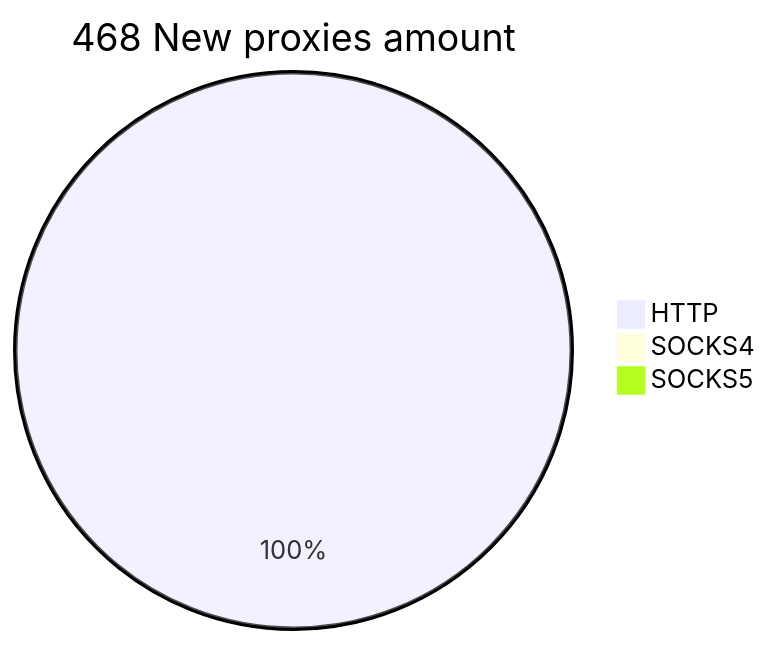
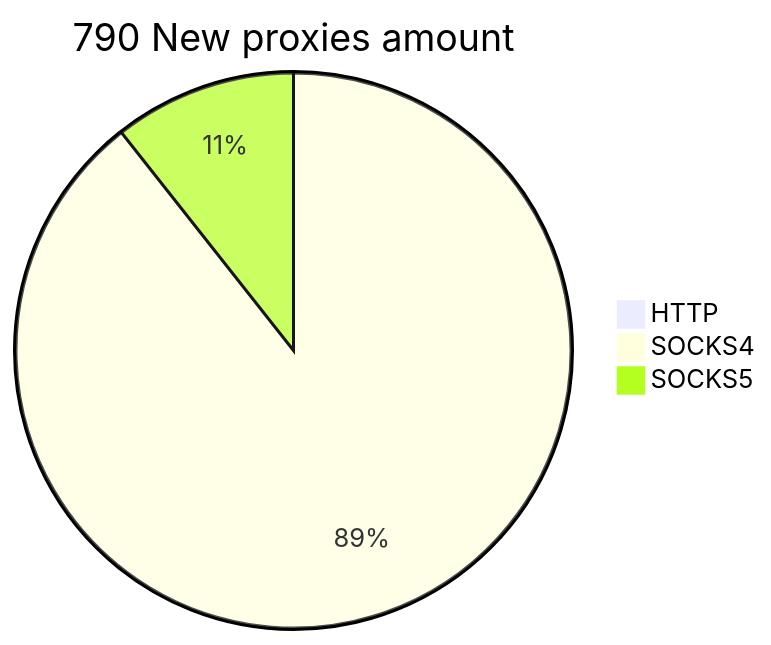
One commit to cutipu/proxylist changed the second of 2 diagrams in README.md. Above: the diagram before and after it, drawn with Mermaid. The commit also changed other lines of this file, not shown here.

````diff
--- a/README.md
+++ b/README.md
@@ -10,6 +10,6 @@
 ```mermaid
-pie title 468 New proxies amount
-    "HTTP" : 470
-    "SOCKS4" : 0
-    "SOCKS5" : 0
+pie title 790 New proxies amount
+    "HTTP" : 0
+    "SOCKS4" : 706
+    "SOCKS5" : 84
 ```
````
